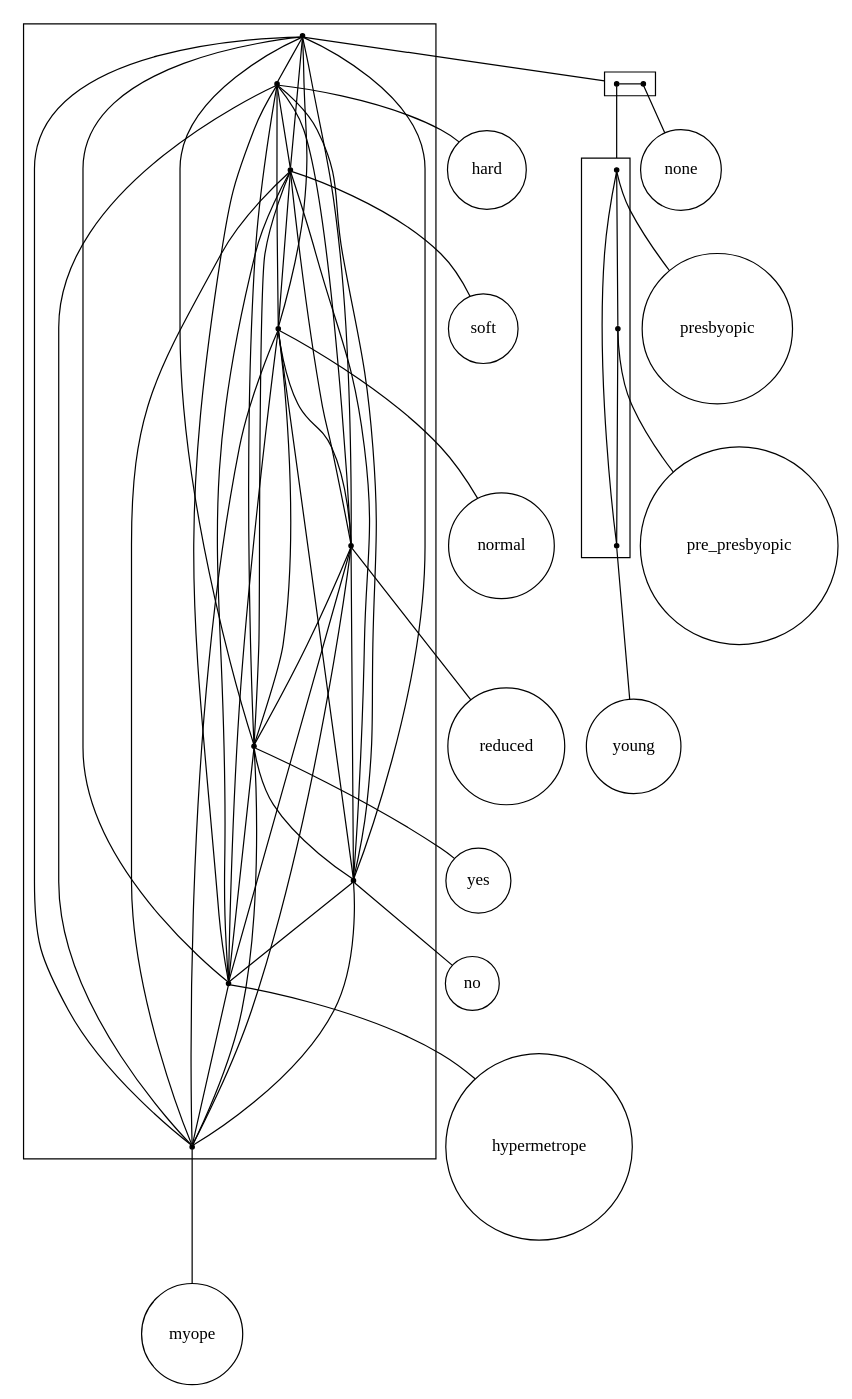
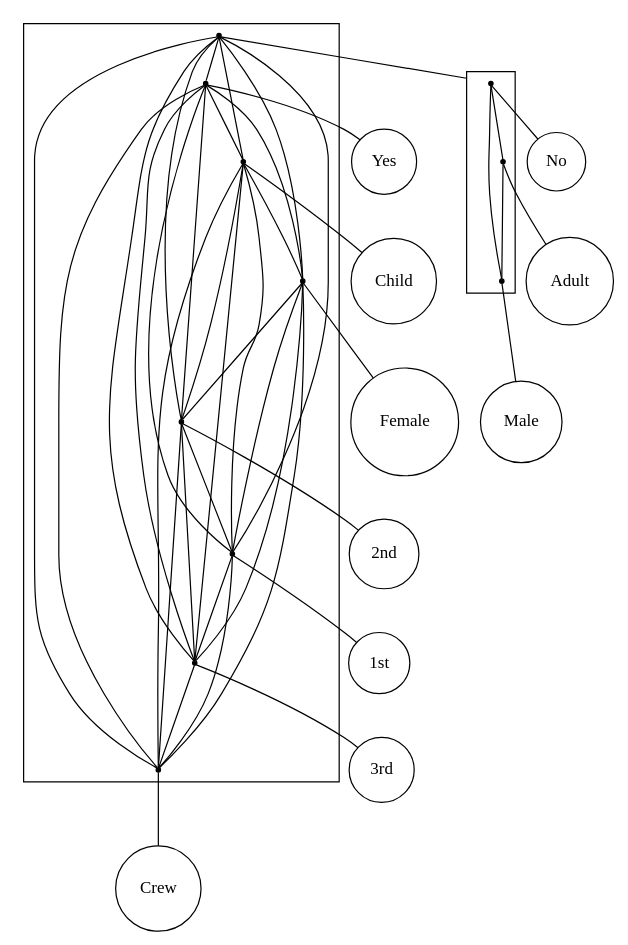
One commit to lrodrin/TFG changed the diagram in src/final/plain_2-structure_with_threshold.dot. Above: the diagram before and after it, drawn with Graphviz. The commit also changed 5 other files, not shown here.

```diff
--- a/src/final/plain_2-structure_with_threshold.dot
+++ b/src/final/plain_2-structure_with_threshold.dot
@@ -1,86 +1,67 @@
 strict digraph "plain_2-structure_with_threshold" {
 compound=true;
 fontname=Verdana;
 fontsize=12;
 newrank=true;
 node [shape=circle];
-hard;
-soft;
-normal;
-reduced;
-yes;
-no;
-hypermetrope;
-myope;
-none;
-presbyopic;
-pre_presbyopic;
-young;
-subgraph cluster_myopeyoungreducedsoftpresbyopichardyesnonepre_presbyopichypermetropenonormal {
+Yes;
+Child;
+Female;
+"2nd";
+"1st";
+"3rd";
+Crew;
+No;
+Adult;
+Male;
+subgraph cluster_Adult3rdMaleCrewFemale2ndYes1stChildNo {
 node [shape=point];
-s_youngnonepresbyopicpre_presbyopic -> s_hard  [arrowhead=none, color=black];
-s_youngnonepresbyopicpre_presbyopic -> s_soft  [arrowhead=none, color=black];
-s_youngnonepresbyopicpre_presbyopic -> s_normal  [arrowhead=none, color=black];
-s_youngnonepresbyopicpre_presbyopic -> s_reduced  [arrowhead=none, color=black];
-s_youngnonepresbyopicpre_presbyopic -> s_yes  [arrowhead=none, color=black];
-s_youngnonepresbyopicpre_presbyopic -> s_no  [arrowhead=none, color=black];
-s_youngnonepresbyopicpre_presbyopic -> s_hypermetrope  [arrowhead=none, color=black];
-s_youngnonepresbyopicpre_presbyopic -> s_myope  [arrowhead=none, color=black];
-s_hard -> s_soft  [arrowhead=none, color=black];
-s_hard -> s_normal  [arrowhead=none, color=black];
-s_hard -> s_reduced  [arrowhead=none, color=black];
-s_hard -> s_yes  [arrowhead=none, color=black];
-s_hard -> s_no  [arrowhead=none, color=black];
-s_hard -> s_hypermetrope  [arrowhead=none, color=black];
-s_hard -> s_myope  [arrowhead=none, color=black];
-s_soft -> s_normal  [arrowhead=none, color=black];
-s_soft -> s_reduced  [arrowhead=none, color=black];
-s_soft -> s_yes  [arrowhead=none, color=black];
-s_soft -> s_no  [arrowhead=none, color=black];
-s_soft -> s_hypermetrope  [arrowhead=none, color=black];
-s_soft -> s_myope  [arrowhead=none, color=black];
-s_normal -> s_reduced  [arrowhead=none, color=black];
-s_normal -> s_yes  [arrowhead=none, color=black];
-s_normal -> s_no  [arrowhead=none, color=black];
-s_normal -> s_hypermetrope  [arrowhead=none, color=black];
-s_normal -> s_myope  [arrowhead=none, color=black];
-s_reduced -> s_yes  [arrowhead=none, color=black];
-s_reduced -> s_no  [arrowhead=none, color=black];
-s_reduced -> s_hypermetrope  [arrowhead=none, color=black];
-s_reduced -> s_myope  [arrowhead=none, color=black];
-s_yes -> s_no  [arrowhead=none, color=black];
-s_yes -> s_hypermetrope  [arrowhead=none, color=black];
-s_yes -> s_myope  [arrowhead=none, color=black];
-s_no -> s_hypermetrope  [arrowhead=none, color=black];
-s_no -> s_myope  [arrowhead=none, color=black];
-s_hypermetrope -> s_myope  [arrowhead=none, color=black];
+s_AdultMaleNo -> s_Yes  [arrowhead=none, color=black];
+s_AdultMaleNo -> s_Child  [arrowhead=none, color=black];
+s_AdultMaleNo -> s_Female  [arrowhead=none, color=black];
+s_AdultMaleNo -> s_2nd  [arrowhead=none, color=black];
+s_AdultMaleNo -> s_1st  [arrowhead=none, color=black];
+s_AdultMaleNo -> s_3rd  [arrowhead=none, color=black];
+s_AdultMaleNo -> s_Crew  [arrowhead=none, color=black];
+s_Yes -> s_Child  [arrowhead=none, color=black];
+s_Yes -> s_Female  [arrowhead=none, color=black];
+s_Yes -> s_2nd  [arrowhead=none, color=black];
+s_Yes -> s_1st  [arrowhead=none, color=black];
+s_Yes -> s_3rd  [arrowhead=none, color=black];
+s_Yes -> s_Crew  [arrowhead=none, color=black];
+s_Child -> s_Female  [arrowhead=none, color=black];
+s_Child -> s_2nd  [arrowhead=none, color=black];
+s_Child -> s_1st  [arrowhead=none, color=black];
+s_Child -> s_3rd  [arrowhead=none, color=black];
+s_Child -> s_Crew  [arrowhead=none, color=black];
+s_Female -> s_2nd  [arrowhead=none, color=black];
+s_Female -> s_1st  [arrowhead=none, color=black];
+s_Female -> s_3rd  [arrowhead=none, color=black];
+s_Female -> s_Crew  [arrowhead=none, color=black];
+s_2nd -> s_1st  [arrowhead=none, color=black];
+s_2nd -> s_3rd  [arrowhead=none, color=black];
+s_2nd -> s_Crew  [arrowhead=none, color=black];
+s_1st -> s_3rd  [arrowhead=none, color=black];
+s_1st -> s_Crew  [arrowhead=none, color=black];
+s_3rd -> s_Crew  [arrowhead=none, color=black];
 }
 
-subgraph cluster_youngnonepresbyopicpre_presbyopic {
-rank=same;
+subgraph cluster_AdultMaleNo {
 node [shape=point];
-s_youngpresbyopicpre_presbyopic -> s_none  [arrowhead=none, color=black];
+s_No -> s_Adult  [arrowhead=none, color=black];
+s_No -> s_Male  [arrowhead=none, color=black];
+s_Adult -> s_Male  [arrowhead=none, color=black];
 }
 
-subgraph cluster_youngpresbyopicpre_presbyopic {
-node [shape=point];
-s_presbyopic -> s_pre_presbyopic  [arrowhead=none, color=black];
-s_presbyopic -> s_young  [arrowhead=none, color=black];
-s_pre_presbyopic -> s_young  [arrowhead=none, color=black];
+s_AdultMaleNo -> s_No  [arrowhead=none, lhead=cluster_AdultMaleNo];
+s_Yes -> Yes  [arrowhead=none];
+s_Child -> Child  [arrowhead=none];
+s_Female -> Female  [arrowhead=none];
+s_2nd -> "2nd"  [arrowhead=none];
+s_1st -> "1st"  [arrowhead=none];
+s_3rd -> "3rd"  [arrowhead=none];
+s_Crew -> Crew  [arrowhead=none];
+s_No -> No  [arrowhead=none];
+s_Adult -> Adult  [arrowhead=none];
+s_Male -> Male  [arrowhead=none];
 }
-
-s_youngnonepresbyopicpre_presbyopic -> s_youngpresbyopicpre_presbyopic  [arrowhead=none, lhead=cluster_youngnonepresbyopicpre_presbyopic];
-s_hard -> hard  [arrowhead=none];
-s_soft -> soft  [arrowhead=none];
-s_normal -> normal  [arrowhead=none];
-s_reduced -> reduced  [arrowhead=none];
-s_yes -> yes  [arrowhead=none];
-s_no -> no  [arrowhead=none];
-s_hypermetrope -> hypermetrope  [arrowhead=none];
-s_myope -> myope  [arrowhead=none];
-s_youngpresbyopicpre_presbyopic -> s_presbyopic  [arrowhead=none, lhead=cluster_youngpresbyopicpre_presbyopic];
-s_none -> none  [arrowhead=none];
-s_presbyopic -> presbyopic  [arrowhead=none];
-s_pre_presbyopic -> pre_presbyopic  [arrowhead=none];
-s_young -> young  [arrowhead=none];
-}
```
